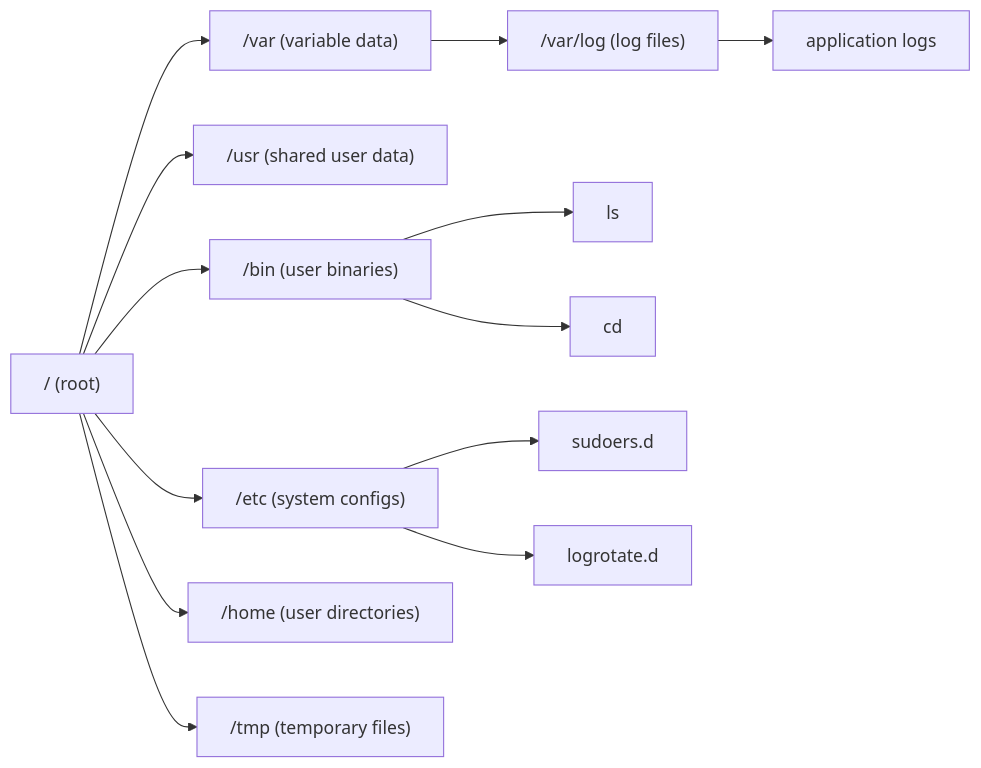
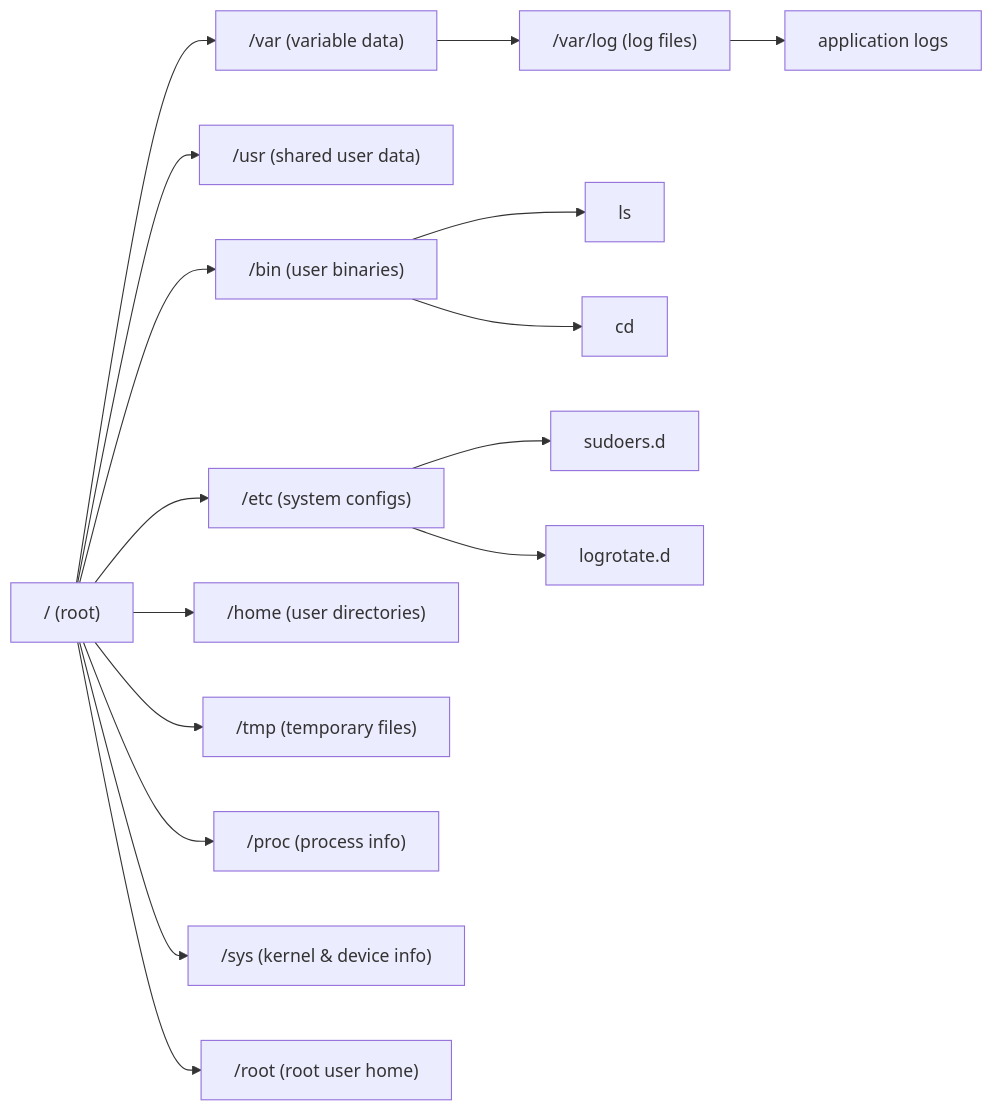
One commit to blanco-pipelines/plat-eng changed the diagram in labs/1.1-file-navigation.md. Above: the diagram before and after it, drawn with Mermaid.

Commit message:
Add additional directories to file navigation

````diff
--- a/labs/1.1-file-navigation.md
+++ b/labs/1.1-file-navigation.md
@@ -135,24 +135,28 @@
    ```mermaid
    graph LR
        ROOT["/ (root)"]
        ROOT --> BIN["/bin (user binaries)"]
        ROOT --> USR["/usr (shared user data)"]
        ROOT --> VAR["/var (variable data)"]
        ROOT --> ETC["/etc (system configs)"]
        ROOT --> HOME["/home (user directories)"]
        ROOT --> TMP["/tmp (temporary files)"]
+       ROOT --> PROC["/proc (process info)"]
+       ROOT --> SYS["/sys (kernel & device info)"]
+       ROOT --> ROOTUSR["/root (root user home)"]
    
        VAR --> LOG["/var/log (log files)"]
        LOG --> APPLOGS["application logs"]
    
        BIN --> LS["ls"]
        BIN --> CD["cd"]
    
        ETC --> SUDO["sudoers.d"]
        ETC --> LOGROTATE["logrotate.d"]
+
    
 
        
 
 
    ```
````
